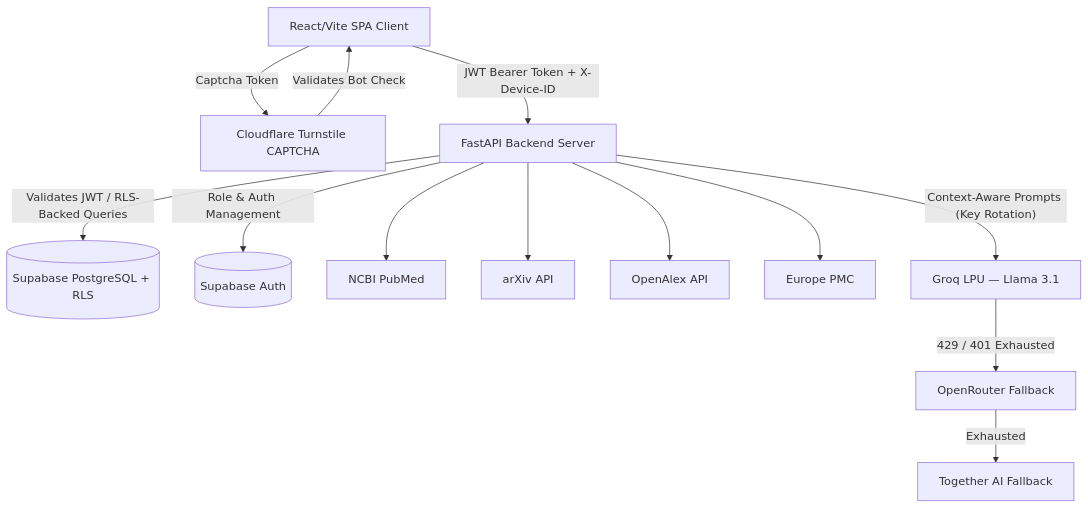
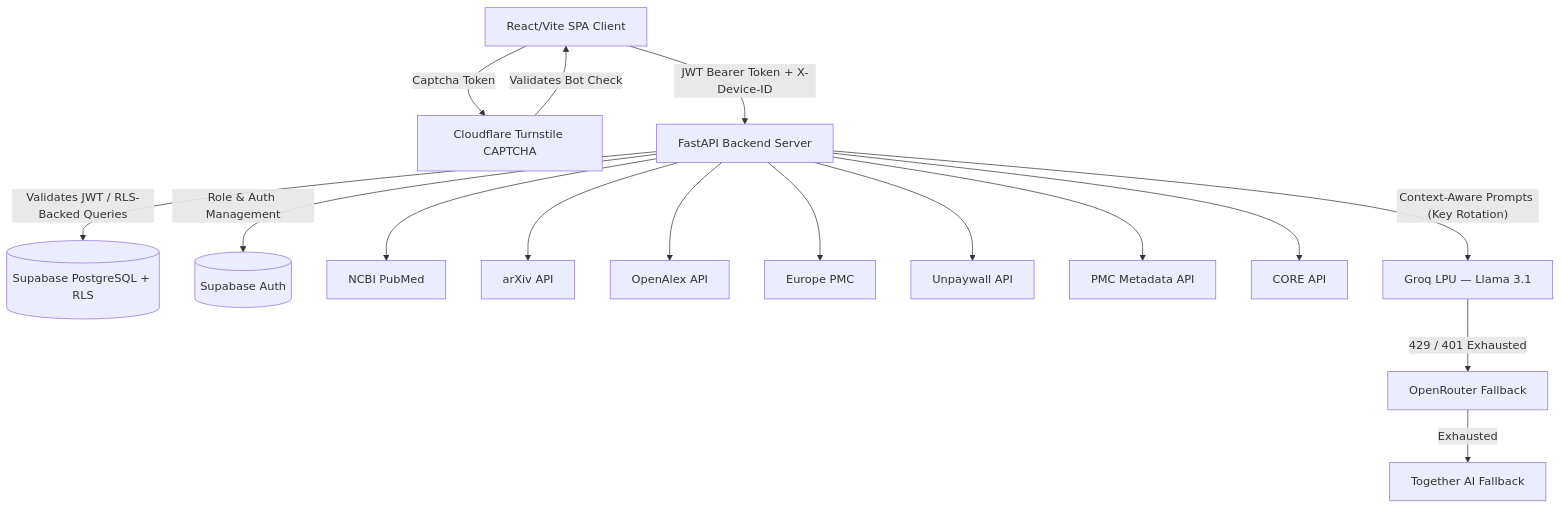
The first of 11 diagrams in SYSTEM_ARCHITECTURE_DEEP_DIVE.md (CodeWithPritom/ScholarHub-frontend), drawn with Mermaid before and after one commit. The commit also changed other lines of this file and 101 other files, not shown here.

````diff
--- a/SYSTEM_ARCHITECTURE_DEEP_DIVE.md
+++ b/SYSTEM_ARCHITECTURE_DEEP_DIVE.md
@@ -28,29 +28,32 @@
 ```mermaid
 graph TD
     Client["React/Vite SPA Client"]
     Turnstile["Cloudflare Turnstile CAPTCHA"]
     FastAPI["FastAPI Backend Server"]
     SupabaseDB[("Supabase PostgreSQL + RLS")]
     Auth[("Supabase Auth")]
 
     NCBI["NCBI PubMed"]
     Arxiv["arXiv API"]
     OpenAlex["OpenAlex API"]
     EPMC["Europe PMC"]
+    Unpaywall["Unpaywall API"]
+    PMC_Meta["PMC Metadata API"]
+    CORE["CORE API"]
 
     Groq["Groq LPU — Llama 3.1"]
     OpenRouter["OpenRouter Fallback"]
     TogetherAI["Together AI Fallback"]
 
     Client -- "JWT Bearer Token + X-Device-ID" --> FastAPI
     Client -- "Captcha Token" --> Turnstile
     Turnstile -- "Validates Bot Check" --> Client
 
     FastAPI -- "Validates JWT / RLS-Backed Queries" --> SupabaseDB
     FastAPI -- "Role & Auth Management" --> Auth
 
-    FastAPI --> NCBI & Arxiv & OpenAlex & EPMC
+    FastAPI --> NCBI & Arxiv & OpenAlex & EPMC & Unpaywall & PMC_Meta & CORE
     FastAPI -- "Context-Aware Prompts (Key Rotation)" --> Groq
     Groq -- "429 / 401 Exhausted" --> OpenRouter
     OpenRouter -- "Exhausted" --> TogetherAI
 ```
````
